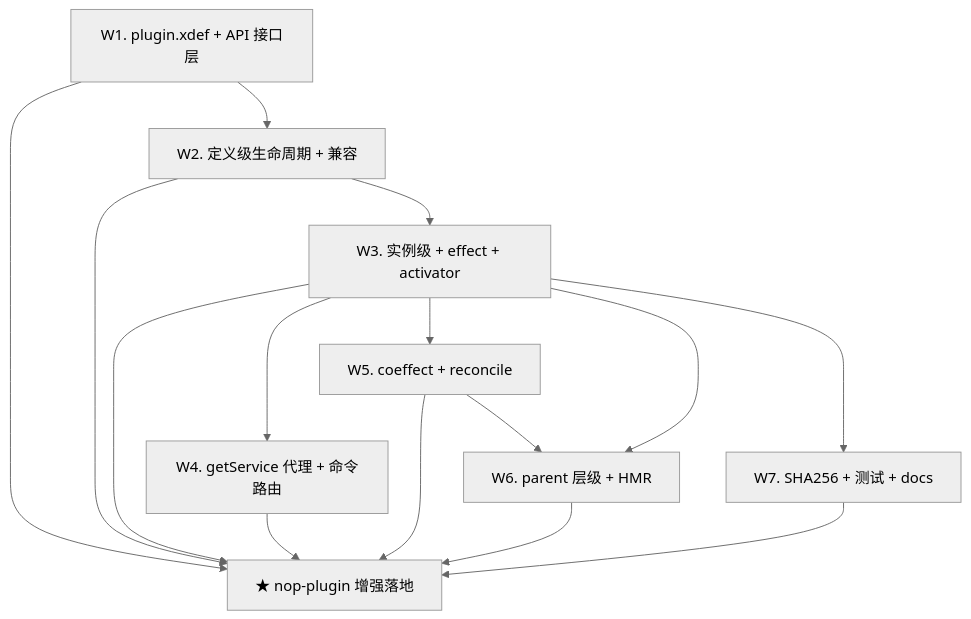
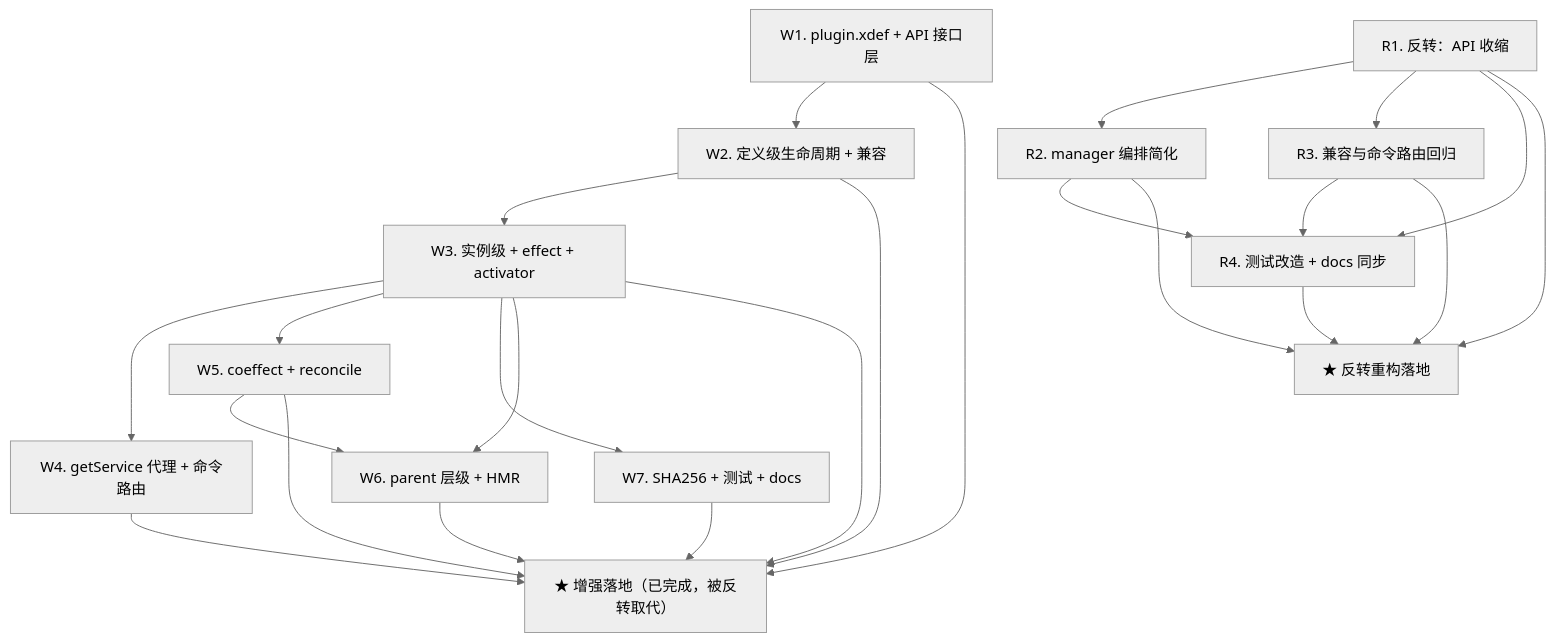
The diagram in ai-dev/backlog/nop-plugin-enhancement-roadmap.md (entropy-cloud/nop-entropy), drawn with Mermaid (neutral theme) before and after one commit. The commit also changed other lines of this file and 20 other files, not shown here.

First line of the commit message:
docs(nop-plugin-enhancement): plan-2026-08-22-2309 R1 落档——设计基线/roadmap/日志/CHANGELOG + R2/R3 计划起草

````diff
--- a/ai-dev/backlog/nop-plugin-enhancement-roadmap.md
+++ b/ai-dev/backlog/nop-plugin-enhancement-roadmap.md
@@ -198,24 +262,38 @@
 ```mermaid
 graph TD
     W1["W1. plugin.xdef + API 接口层"]
     W2["W2. 定义级生命周期 + 兼容"]
     W3["W3. 实例级 + effect + activator"]
     W4["W4. getService 代理 + 命令路由"]
     W5["W5. coeffect + reconcile"]
     W6["W6. parent 层级 + HMR"]
     W7["W7. SHA256 + 测试 + docs"]
-    M["★ nop-plugin 增强落地"]
+    M["★ 增强落地（已完成，被反转取代）"]
+    R1["R1. 反转：API 收缩"]
+    R2["R2. manager 编排简化"]
+    R3["R3. 兼容与命令路由回归"]
+    R4["R4. 测试改造 + docs 同步"]
+    M2["★ 反转重构落地"]
     W1 --> W2 --> W3
     W3 --> W4
     W3 --> W5
     W3 --> W7
     W5 --> W6
     W3 --> W6
     W1 --> M
     W2 --> M
     W3 --> M
     W4 --> M
     W5 --> M
     W6 --> M
     W7 --> M
+    R1 --> R2
+    R1 --> R3
+    R1 --> R4
+    R2 --> R4
+    R3 --> R4
+    R1 --> M2
+    R2 --> M2
+    R3 --> M2
+    R4 --> M2
 ```
````
